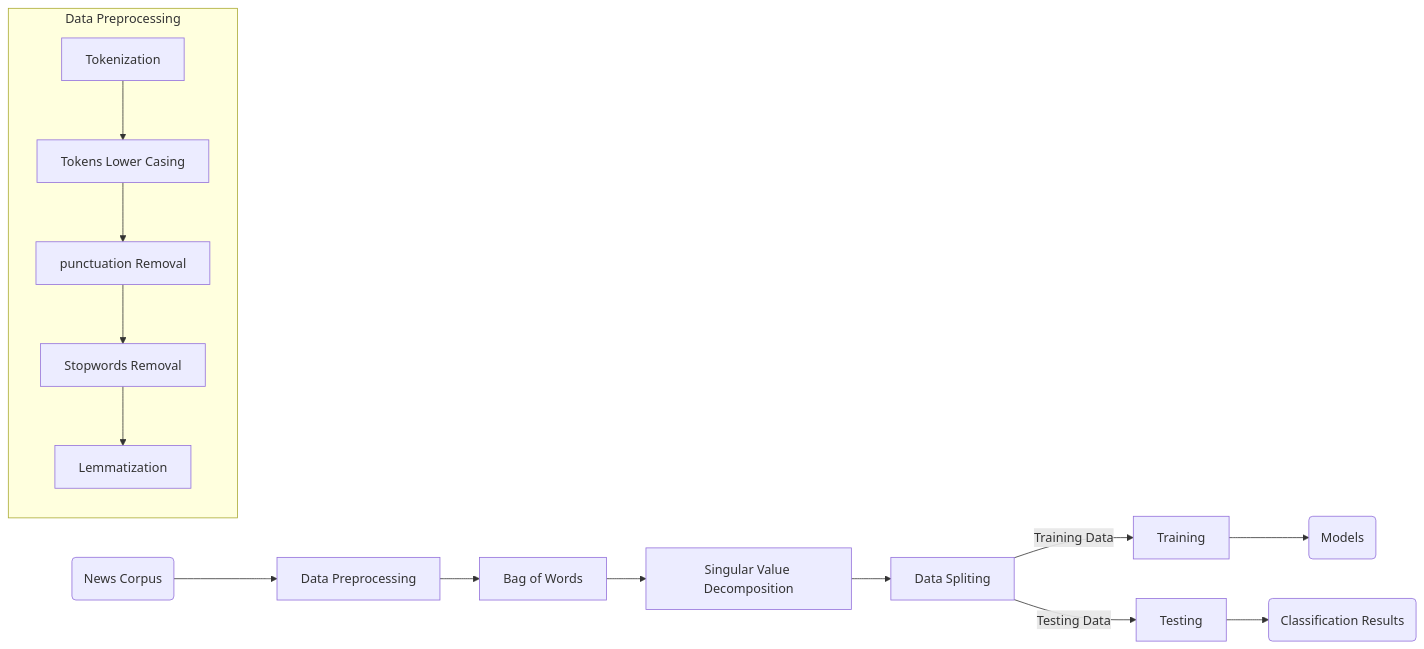
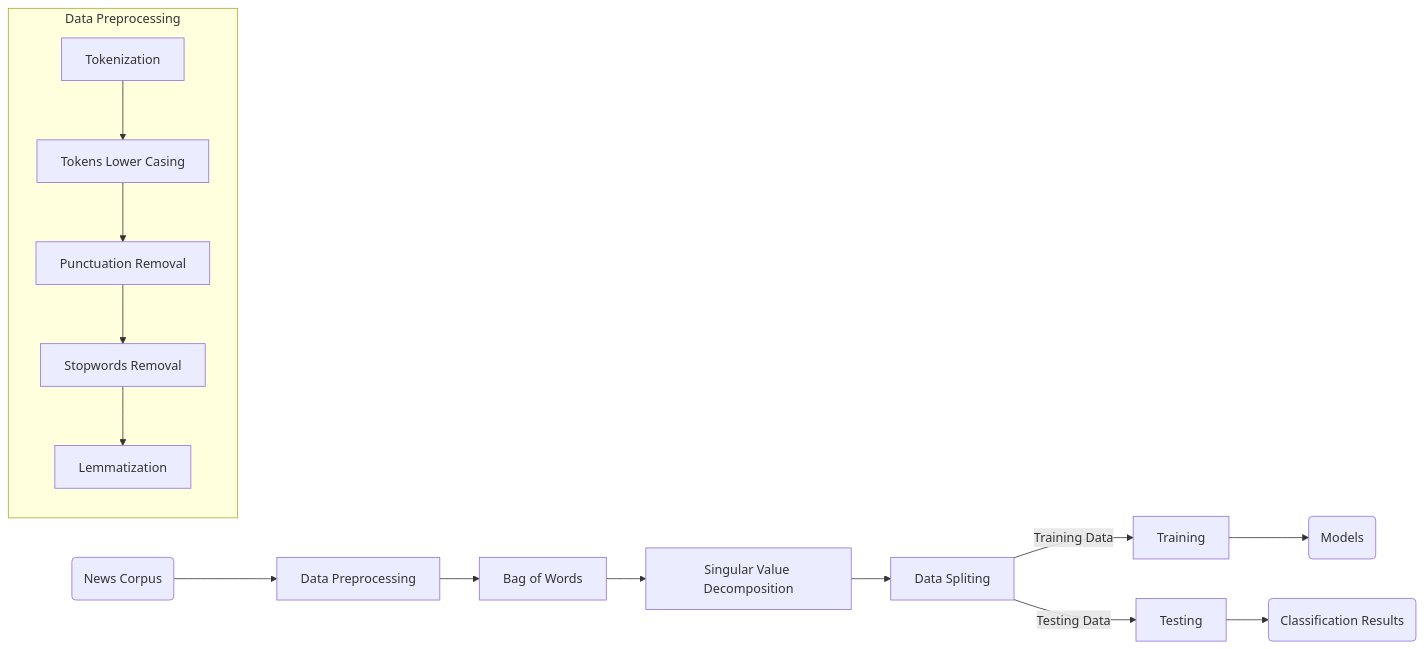
One commit to uzairrj/Fake-News-Classifier changed the diagram in README.md. Above: the diagram before and after it, drawn with Mermaid. The commit also changed other lines of this file, not shown here.

````diff
--- a/README.md
+++ b/README.md
@@ -55,17 +7,17 @@
 ```mermaid
 graph LR
 	subgraph Data Preprocessing
 		K[Tokenization] --> L[Tokens Lower Casing]
-		L --> M[punctuation Removal]
+		L --> M[Punctuation Removal]
 		M --> N[Stopwords Removal]
 		N --> O[Lemmatization]
 	end
 	I(News Corpus) --> A
 	A[Data Preprocessing] --> B[Bag of Words]
 	B --> C[Singular Value Decomposition]
 	C --> D[Data Spliting]
 	D -- Training Data --> E[Training]
 	E --> F(Models)
 	D -- Testing Data --> G[Testing]
 	G --> H(Classification Results)
 ```
````
